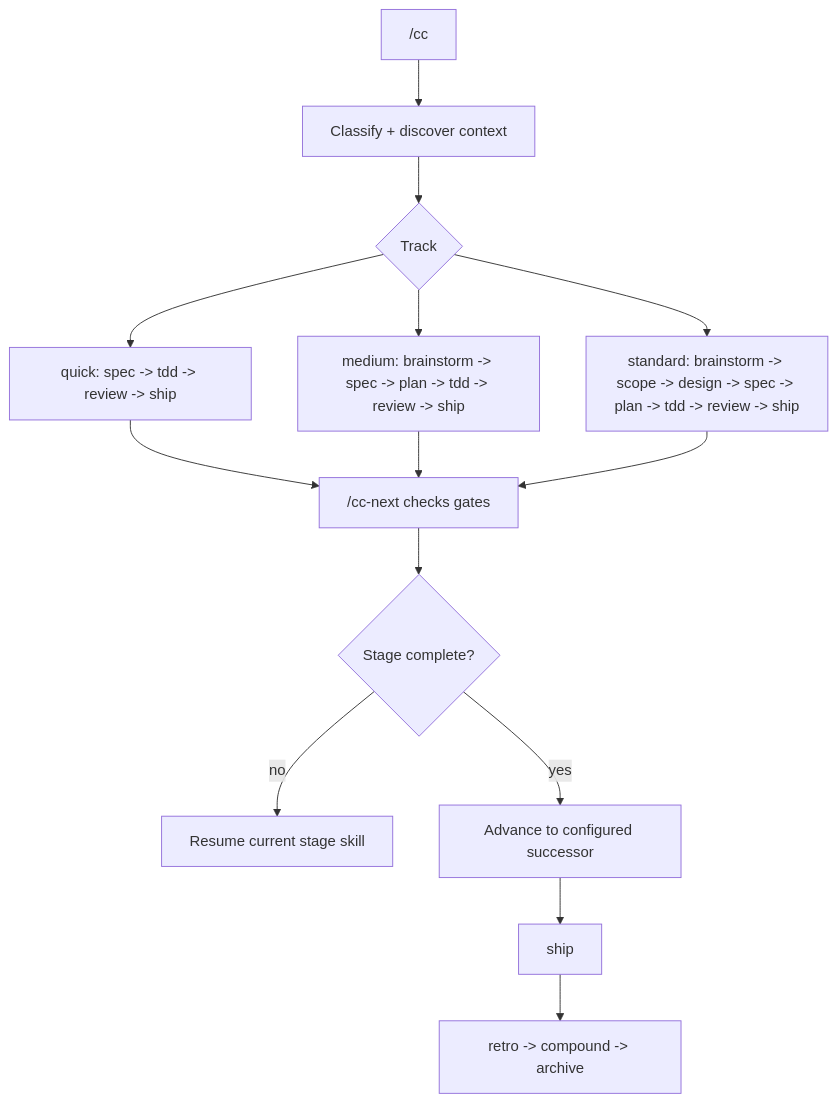
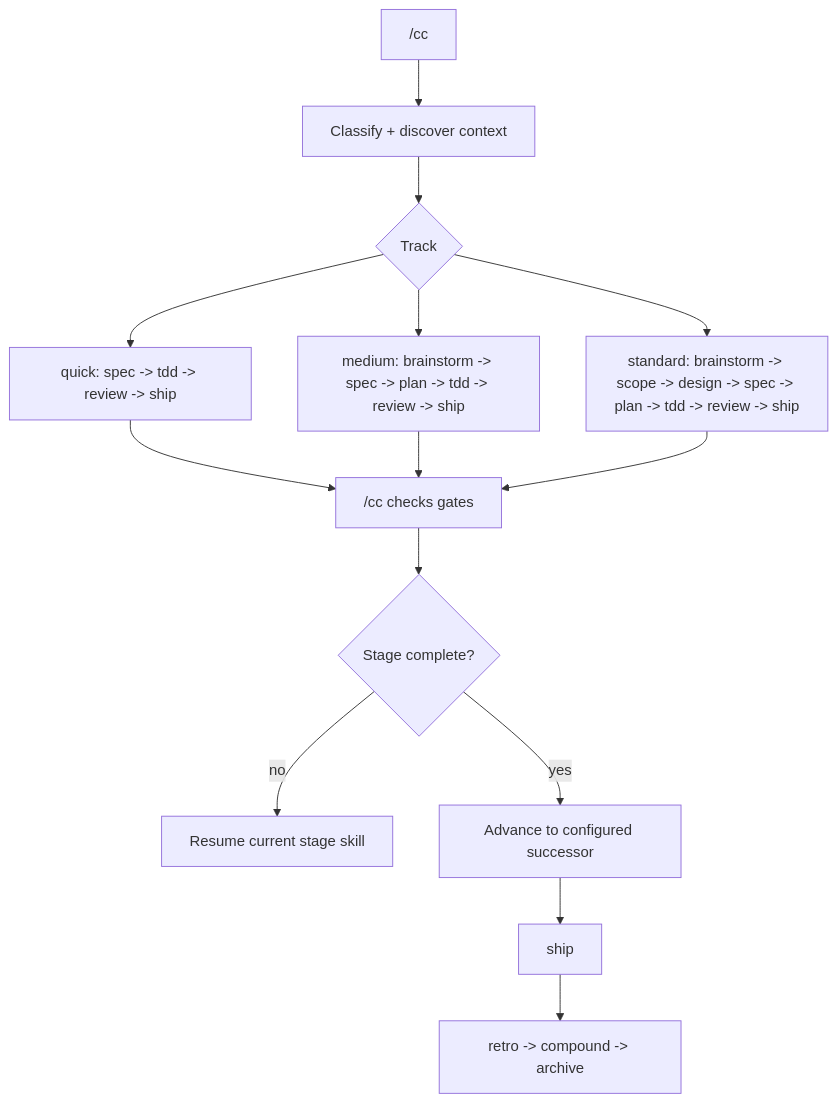
The first of 3 diagrams in docs/scheme-of-work.md (zuevrs/cclaw), drawn with Mermaid before and after one commit. The commit also changed other lines of this file and 134 other files, not shown here.

````diff
--- a/docs/scheme-of-work.md
+++ b/docs/scheme-of-work.md
@@ -25,16 +25,16 @@
 ```mermaid
 flowchart TD
   start["/cc <idea>"] --> classify["Classify + discover context"]
   classify --> track{Track}
   track --> quick["quick: spec -> tdd -> review -> ship"]
   track --> medium["medium: brainstorm -> spec -> plan -> tdd -> review -> ship"]
   track --> standard["standard: brainstorm -> scope -> design -> spec -> plan -> tdd -> review -> ship"]
-  quick --> next["/cc-next checks gates"]
+  quick --> next["/cc checks gates"]
   medium --> next
   standard --> next
   next --> complete{"Stage complete?"}
   complete -->|no| resume["Resume current stage skill"]
   complete -->|yes| advance["Advance to configured successor"]
   advance --> ship["ship"]
   ship --> closeout["retro -> compound -> archive"]
 ```
````
